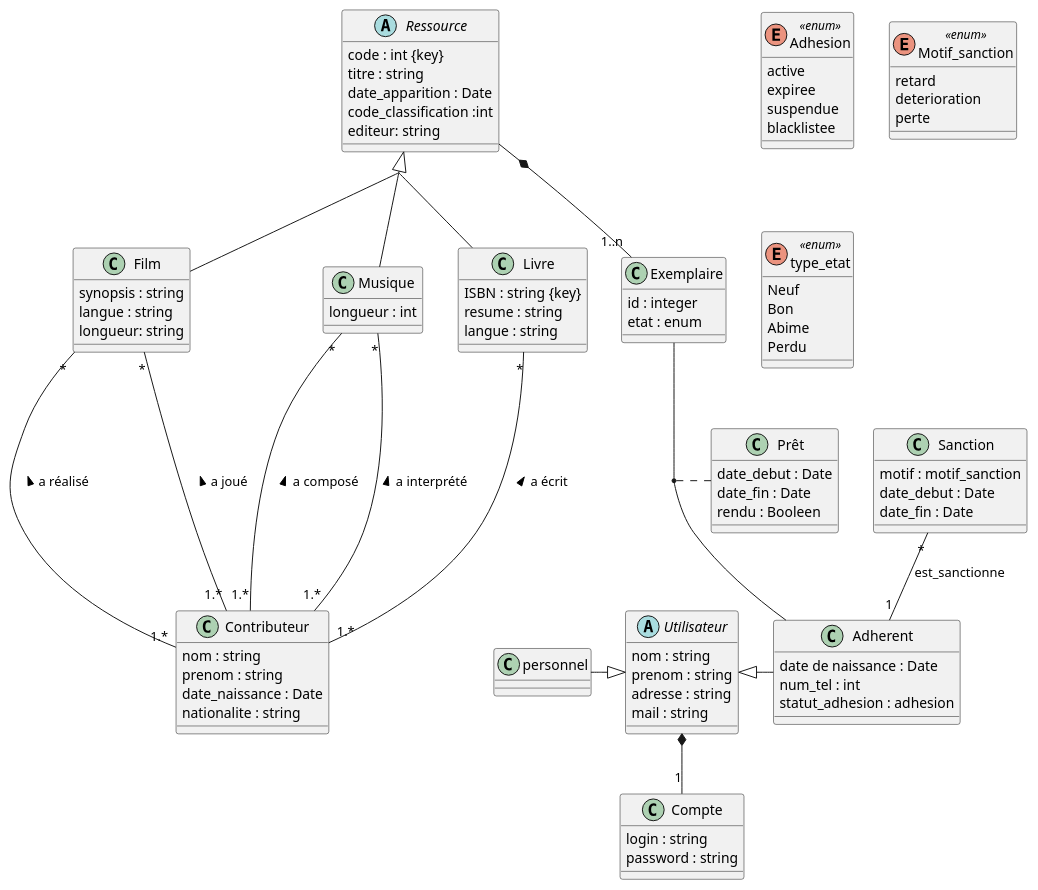
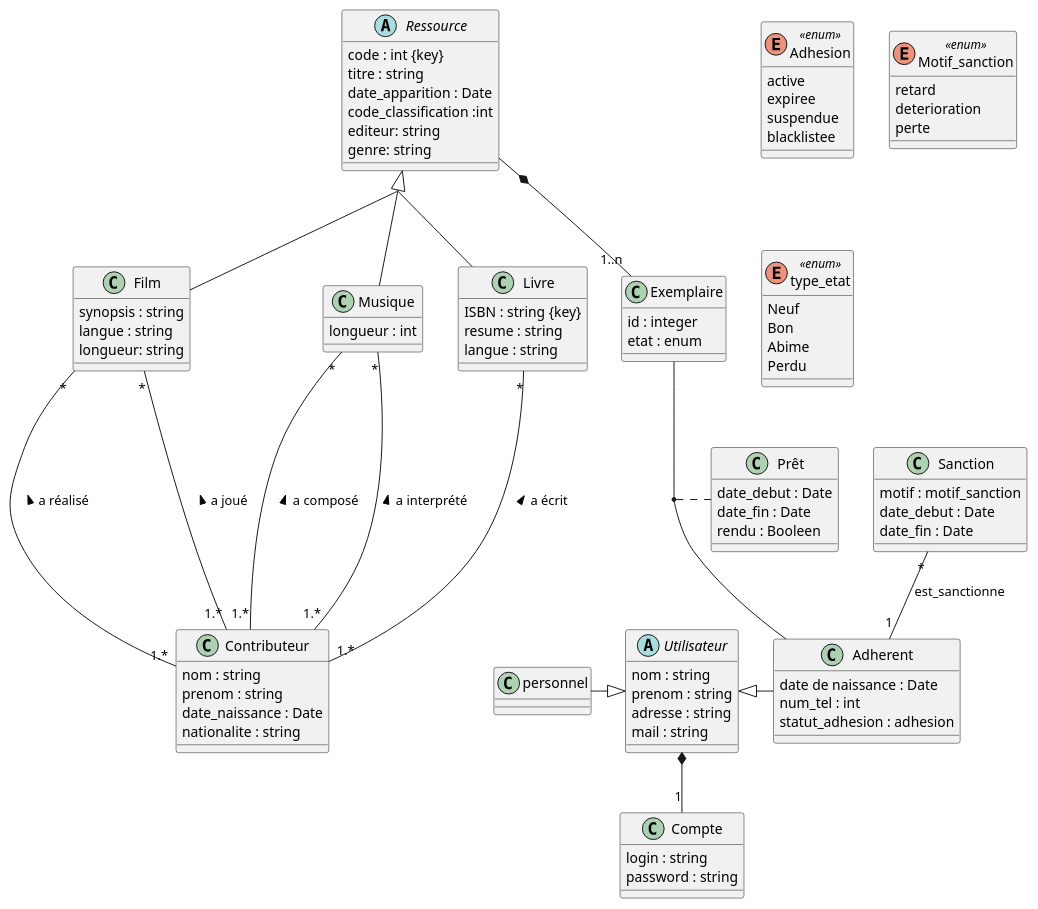
Before and after one commit to julienpillis/Library-Database-System: the diagram in Rendu_1/NDC_v1.md, drawn with PlantUML.

```diff
--- a/Rendu_1/NDC_v1.md
+++ b/Rendu_1/NDC_v1.md
@@ -144,6 +144,7 @@
     date_apparition : Date
     code_classification :int
     editeur: string
+    genre: string
 }
 
 class Livre {
```
